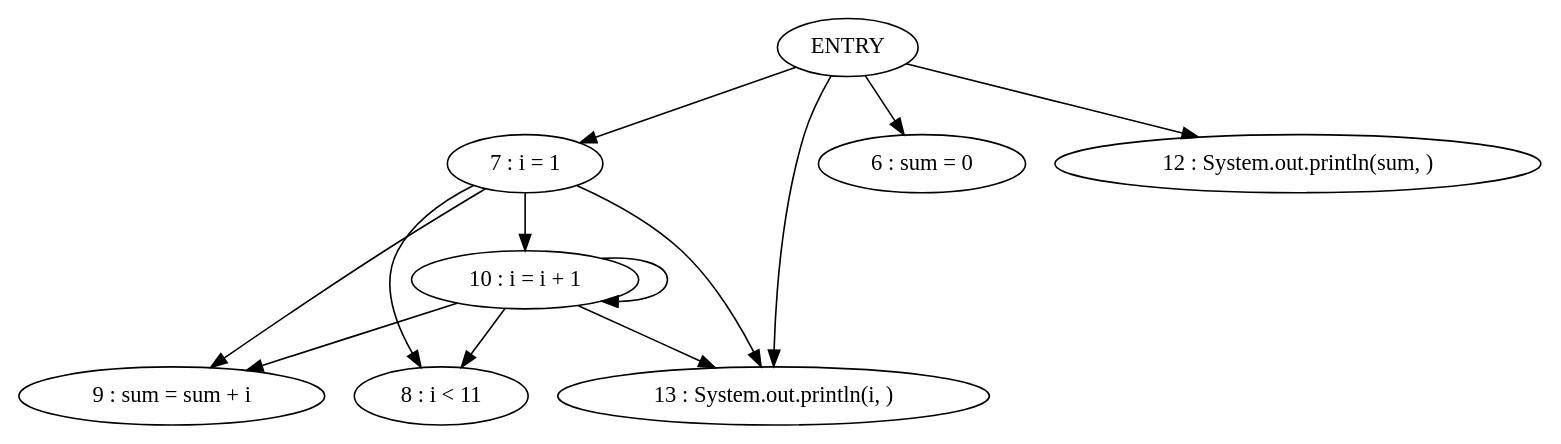
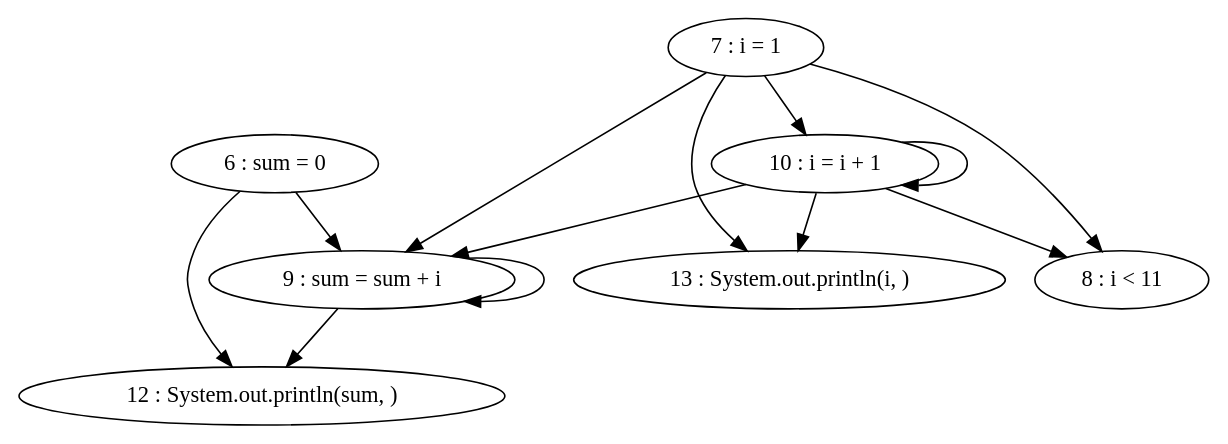
The diagram in target/classes/pdg/source/PDGSample-print.gv (thomassimko/thesis-code-duplication), drawn with Graphviz before and after one commit. The commit also changed 113 other files, not shown here.

```diff
--- a/target/classes/pdg/source/PDGSample-print.gv
+++ b/target/classes/pdg/source/PDGSample-print.gv
@@ -1,19 +1,22 @@
 digraph G {
+"6 : sum = 0"
+"6 : sum = 0" -> "12 : System.out.println(sum, )"
+"6 : sum = 0" -> "9 : sum = sum + i"
 "7 : i = 1"
+"7 : i = 1" -> "10 : i = i + 1"
 "7 : i = 1" -> "8 : i < 11"
-"7 : i = 1" -> "10 : i = i + 1"
+"7 : i = 1" -> "13 : System.out.println(i, )"
 "7 : i = 1" -> "9 : sum = sum + i"
-"7 : i = 1" -> "13 : System.out.println(i, )"
 "8 : i < 11"
+"9 : sum = sum + i"
+"9 : sum = sum + i" -> "12 : System.out.println(sum, )"
+"9 : sum = sum + i" -> "9 : sum = sum + i"
 "10 : i = i + 1"
+"10 : i = i + 1" -> "10 : i = i + 1"
 "10 : i = i + 1" -> "8 : i < 11"
-"10 : i = i + 1" -> "10 : i = i + 1"
+"10 : i = i + 1" -> "13 : System.out.println(i, )"
 "10 : i = i + 1" -> "9 : sum = sum + i"
-"10 : i = i + 1" -> "13 : System.out.println(i, )"
 "8 : i < 11"
+"12 : System.out.println(sum, )"
 "13 : System.out.println(i, )"
-ENTRY -> "6 : sum = 0"
-ENTRY -> "12 : System.out.println(sum, )"
-ENTRY -> "7 : i = 1"
-ENTRY -> "13 : System.out.println(i, )"
 }
```
